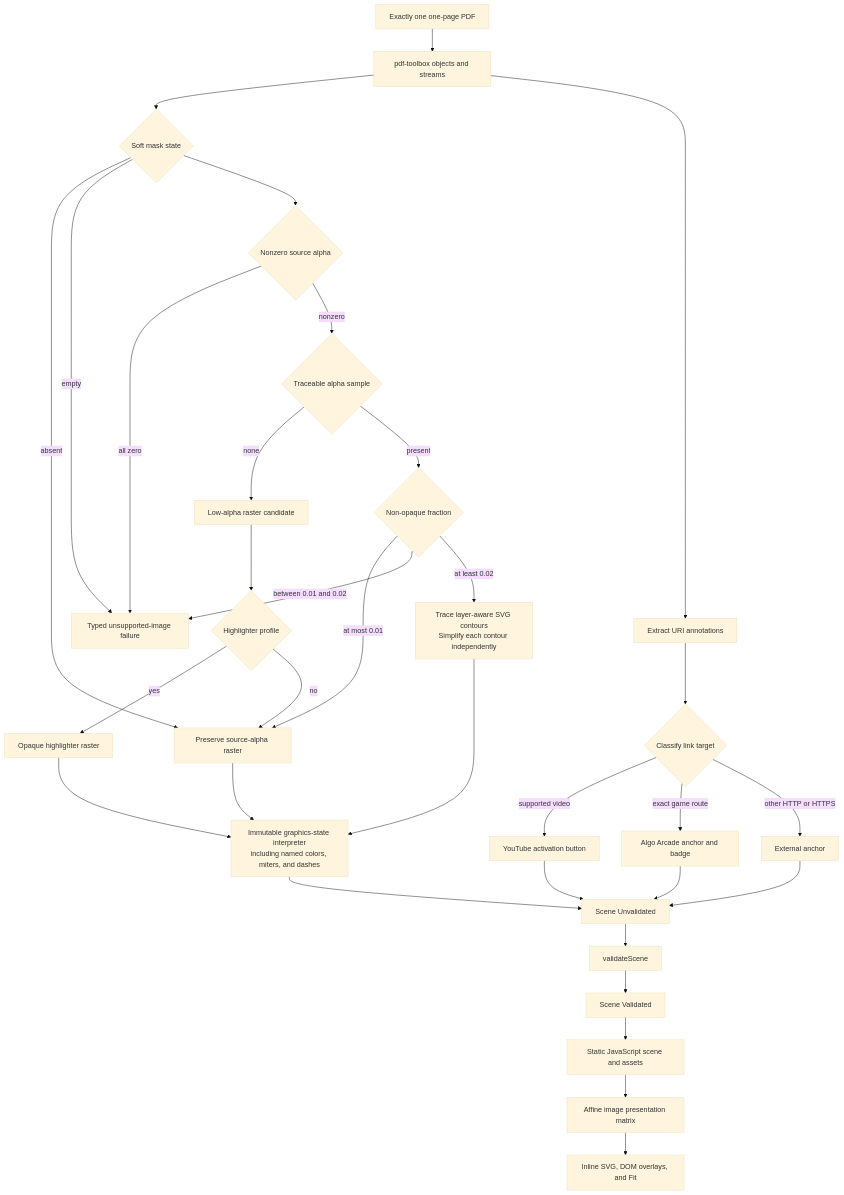
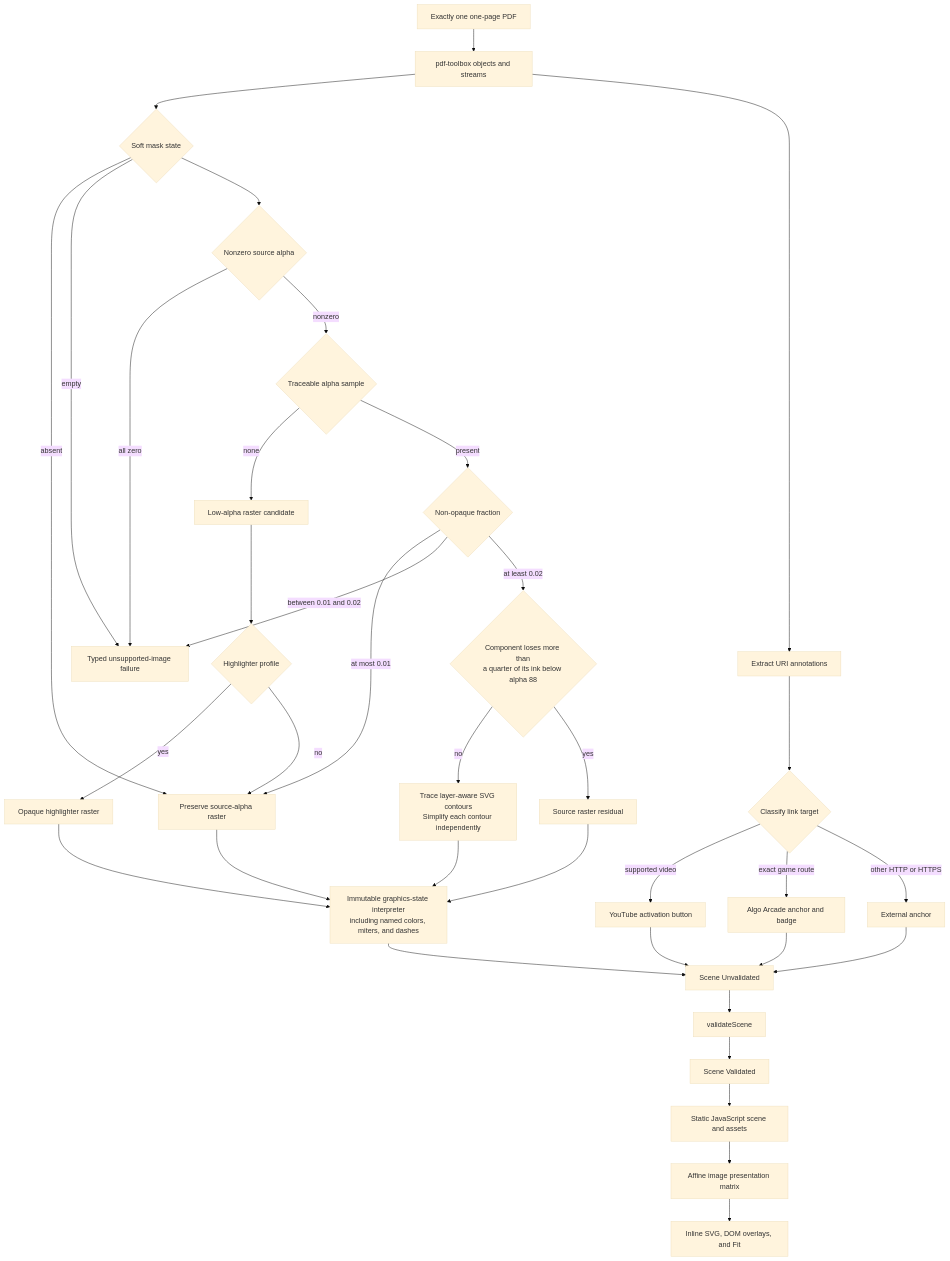
Before and after one commit to bajor/notes-website-factory-workflow: the third of 3 diagrams in docs/architecture.md, drawn with Mermaid (base theme). The commit also changed other lines of this file and 14 other files, not shown here.

First line of the commit message:
Keep sub-pixel handwriting as a raster residual

````diff
--- a/docs/architecture.md
+++ b/docs/architecture.md
@@ -77,52 +77,56 @@
 ```mermaid
 flowchart TD
   Input[Exactly one one-page PDF]
   Parse[pdf-toolbox objects and streams]
   Mask{Soft mask state}
   SourceAlpha{Nonzero source alpha}
   Traceable{Traceable alpha sample}
   Fraction{Non-opaque fraction}
   LowAlphaCandidate[Low-alpha raster candidate]
   Highlighter{Highlighter profile}
   Raster[Preserve source-alpha raster]
   OpaqueMarker[Opaque highlighter raster]
+  Partition{Component loses more than<br/>a quarter of its ink below alpha 88}
+  Residual[Source raster residual]
   Vector[Trace layer-aware SVG contours<br/>Simplify each contour independently]
   Reject[Typed unsupported-image failure]
   Links[Extract URI annotations]
   Target{Classify link target}
   YouTube[YouTube activation button]
   Game[Algo Arcade anchor and badge]
   External[External anchor]
   Interpret[Immutable graphics-state interpreter<br/>including named colors, miters, and dashes]
   Raw[Scene Unvalidated]
   Validate[validateScene]
   Valid[Scene Validated]
   Emit[Static JavaScript scene and assets]
   Affine[Affine image presentation matrix]
   Browser[Inline SVG, DOM overlays, and Fit]
 
   Input --> Parse --> Mask
   Parse --> Links --> Target
   Mask -->|absent| Raster
   Mask -->|empty| Reject
   Mask --> SourceAlpha
   SourceAlpha -->|all zero| Reject
   SourceAlpha -->|nonzero| Traceable
   Traceable -->|none| LowAlphaCandidate
   Traceable -->|present| Fraction
   Fraction -->|at most 0.01| Raster
   Fraction -->|between 0.01 and 0.02| Reject
-  Fraction -->|at least 0.02| Vector
+  Fraction -->|at least 0.02| Partition
+  Partition -->|no| Vector
+  Partition -->|yes| Residual --> Interpret
   Target -->|supported video| YouTube
   Target -->|exact game route| Game
   Target -->|other HTTP or HTTPS| External
   LowAlphaCandidate --> Highlighter
   Highlighter -->|yes| OpaqueMarker --> Interpret
   Highlighter -->|no| Raster --> Interpret
   Vector --> Interpret
   Interpret --> Raw
   YouTube --> Raw
   Game --> Raw
   External --> Raw
   Raw --> Validate --> Valid --> Emit --> Affine --> Browser
 ```
````
